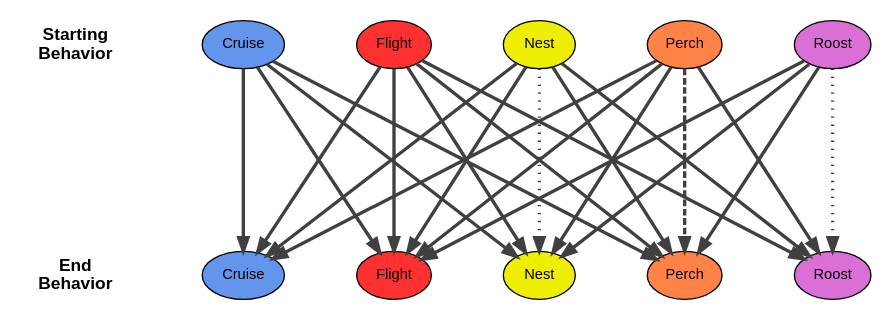
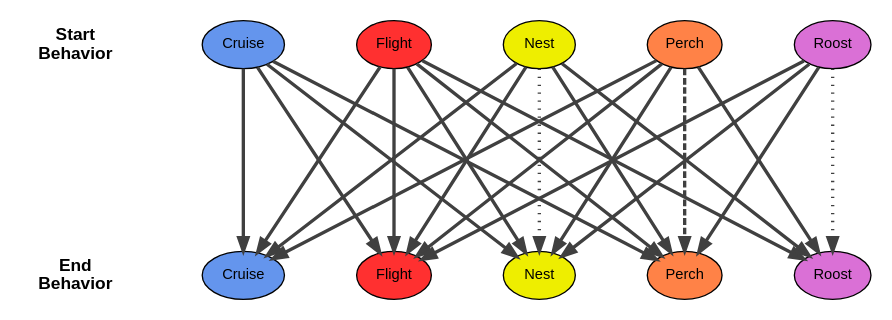
One commit to Blakemassey/baea_ibm changed the diagram in R/Graphviz/StepType_Options.gv. Above: the diagram before and after it, drawn with Graphviz. The commit also changed 175 other files, not shown here.

```diff
--- a/R/Graphviz/StepType_Options.gv
+++ b/R/Graphviz/StepType_Options.gv
@@ -1,84 +1,84 @@
 digraph G {
   rankdir = TB;
   forcelabels = true;
   graph [margin = 0, pad = 0, ranksep = 1.9, nodesep = .75,  color = black];
 
   node [shape = plaintext, fontsize = 13; fontname = "Helvetica-Bold"];
-  start01[label = "Starting\nBehavior"]
+  start01[label = "Start\nBehavior"]
   end02[label = "End\nBehavior"]
 
   node [shape = oval, style = "filled",  fontsize = 11;
     fontname = "Helvetica"];
   c01 [label = "Cruise", fillcolor = CornFlowerBlue];
   f01 [label = "Flight", fillcolor = FireBrick1];
   n01 [label = "Nest",  fillcolor = Yellow2];
   p01 [label = "Perch",  fillcolor = Sienna1];
   r01 [label = "Roost",  fillcolor = Orchid];
 
   c02 [label = "Cruise", fillcolor = CornFlowerBlue];
   f02 [label = "Flight", fillcolor = FireBrick1];
   n02 [label = "Nest",  fillcolor = Yellow2];
   p02 [label = "Perch",  fillcolor = Sienna1];
   r02 [label = "Roost",  fillcolor = Orchid];
 
 	edge[color = grey25, style = solid, dir = front, penwidth = 2.5, ];
 
 	subgraph cluster_0 {
 	  edge[style = invis, dir = front, penwidth = 2.5];
 		start01 -> end02;
 		color = invis
 	}
 
 	subgraph cluster_1 {
 		c01 -> c02;
 		color = invis
 	}
 
 	subgraph cluster_2 {
 		f01 -> f02;
 		color = invis
 	}
 	subgraph cluster_3 {
 	  edge[color = grey25, style = dotted];
 		n01 -> n02;
 		color = invis
 	}
 	subgraph cluster_4 {
 		edge[color = gray25, style = dashed];
 		p01 -> p02;
 		color = invis
 	}
 	subgraph cluster_5 {
 		edge[color = gray25, style = dotted];
 		r01 -> r02;
 		color = invis
 	}
 
   edge[color = grey25, style = solid];
 	c01 -> f02;
 	c01 -> n02;
   c01 -> p02;
 
   f01 -> c02;
   f01 -> n02;
   f01 -> p02;
   f01 -> r02;
 
   n01 -> c02;
   n01 -> f02;
   n01 -> p02;
   n01 -> r02;
 
   p01 -> c02;
   p01 -> f02;
   p01 -> n02;
   p01 -> r02;
 
   r01 -> f02;
   r01 -> n02;
   r01 -> p02;
 
   edge[color = invis, arrowhead = none];
 	c01 -> r02;  # Keeps Cruise, Flight, Nest, Perch, Roost in L -> R order
 
 }
```
